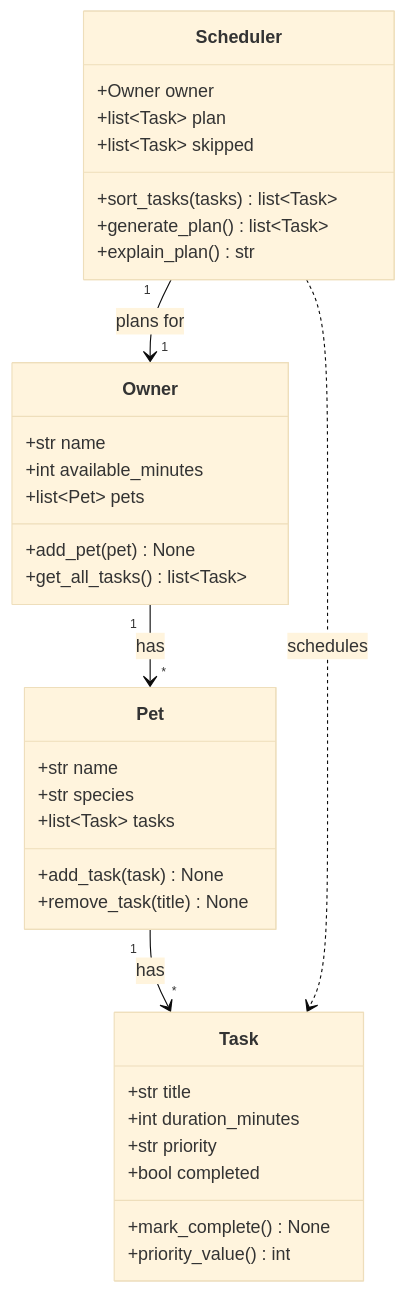
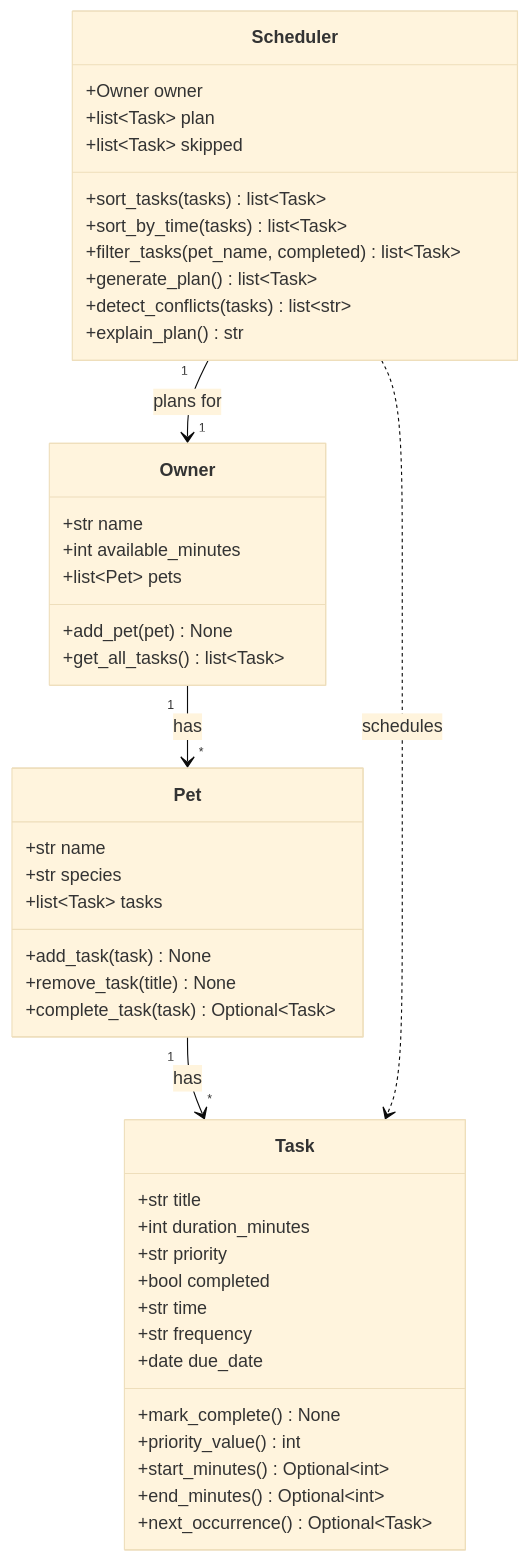
Before and after one commit to mervinlucas/ai110-module2show-pawpal-starter: the diagram in diagrams/uml.mmd, drawn with Mermaid (base theme). The commit also changed 5 other files, not shown here.

```diff
--- a/diagrams/uml.mmd
+++ b/diagrams/uml.mmd
@@ -1,39 +1,49 @@
 classDiagram
     class Owner {
         +str name
         +int available_minutes
         +list~Pet~ pets
         +add_pet(pet) None
         +get_all_tasks() list~Task~
     }
 
     class Pet {
         +str name
         +str species
         +list~Task~ tasks
         +add_task(task) None
         +remove_task(title) None
+        +complete_task(task) Optional~Task~
     }
 
     class Task {
         +str title
         +int duration_minutes
         +str priority
         +bool completed
+        +str time
+        +str frequency
+        +date due_date
         +mark_complete() None
         +priority_value() int
+        +start_minutes() Optional~int~
+        +end_minutes() Optional~int~
+        +next_occurrence() Optional~Task~
     }
 
     class Scheduler {
         +Owner owner
         +list~Task~ plan
         +list~Task~ skipped
         +sort_tasks(tasks) list~Task~
+        +sort_by_time(tasks) list~Task~
+        +filter_tasks(pet_name, completed) list~Task~
         +generate_plan() list~Task~
+        +detect_conflicts(tasks) list~str~
         +explain_plan() str
     }
 
     Owner "1" --> "*" Pet : has
     Pet "1" --> "*" Task : has
     Scheduler "1" --> "1" Owner : plans for
     Scheduler ..> Task : schedules
```
